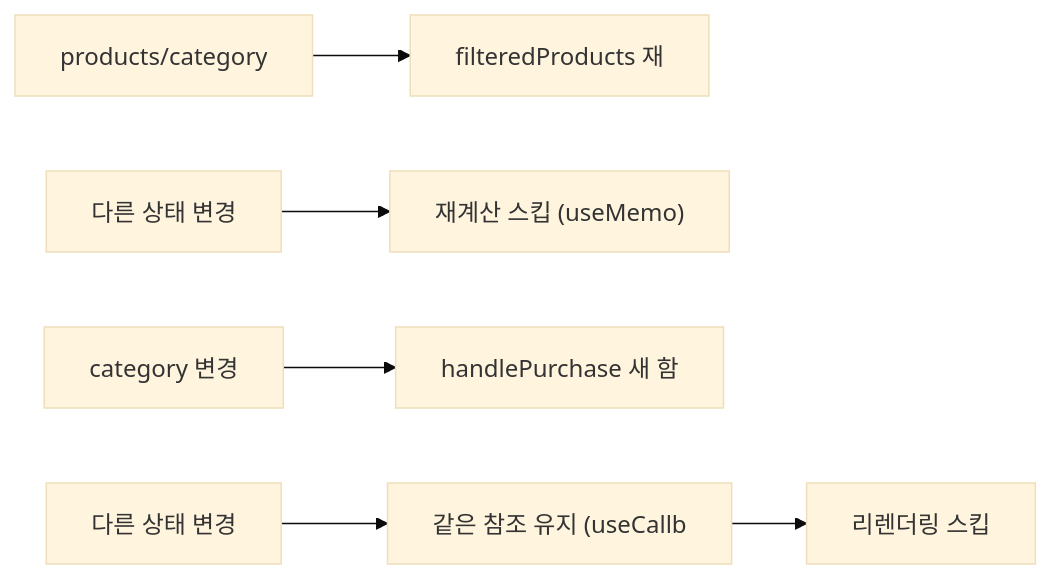
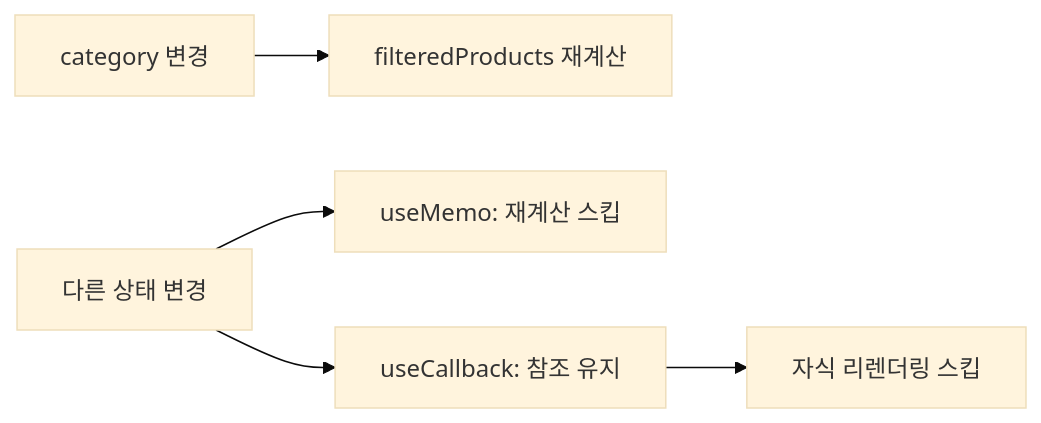
One commit to yjkim2015/yjkim2015.github.io changed the second of 5 diagrams in _posts/frontend/2026-05-02-react-performance.md. Above: the diagram before and after it, drawn with Mermaid (base theme). The commit also changed other lines of this file and 163 other files, not shown here.

First line of the commit message:
Mermaid 300개 블록 내용 축소: 5노드 5엣지 이하, 의미 있는 약어

````diff
--- a/_posts/frontend/2026-05-02-react-performance.md
+++ b/_posts/frontend/2026-05-02-react-performance.md
@@ -132,7 +132,7 @@
 ```mermaid
 graph LR
-    A["products/category"] --> B["filteredProducts 재"]
-    D["다른 상태 변경"] --> E["재계산 스킵 (useMemo)"]
-    F["category 변경"] --> G["handlePurchase 새 함"]
-    H["다른 상태 변경"] --> I["같은 참조 유지 (useCallb"] --> J["리렌더링 스킵"]
+    A["category 변경"] --> B["filteredProducts 재계산"]
+    C["다른 상태 변경"] --> D["useMemo: 재계산 스킵"]
+    C --> E["useCallback: 참조 유지"]
+    E --> F["자식 리렌더링 스킵"]
 ```
````
